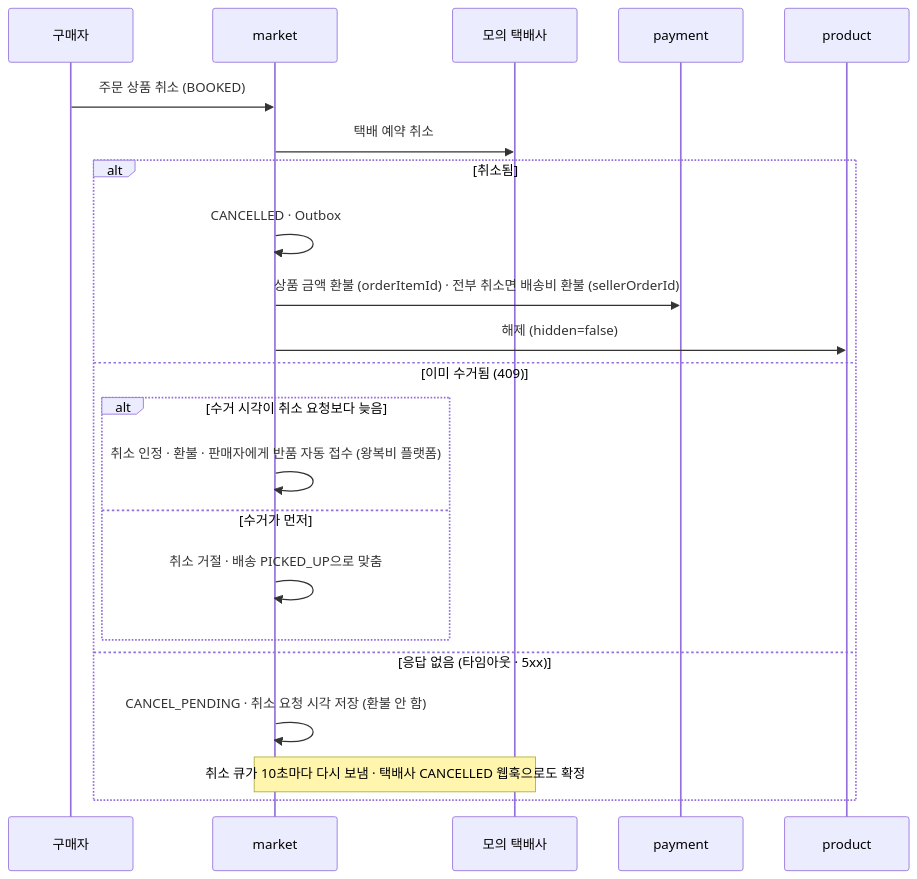
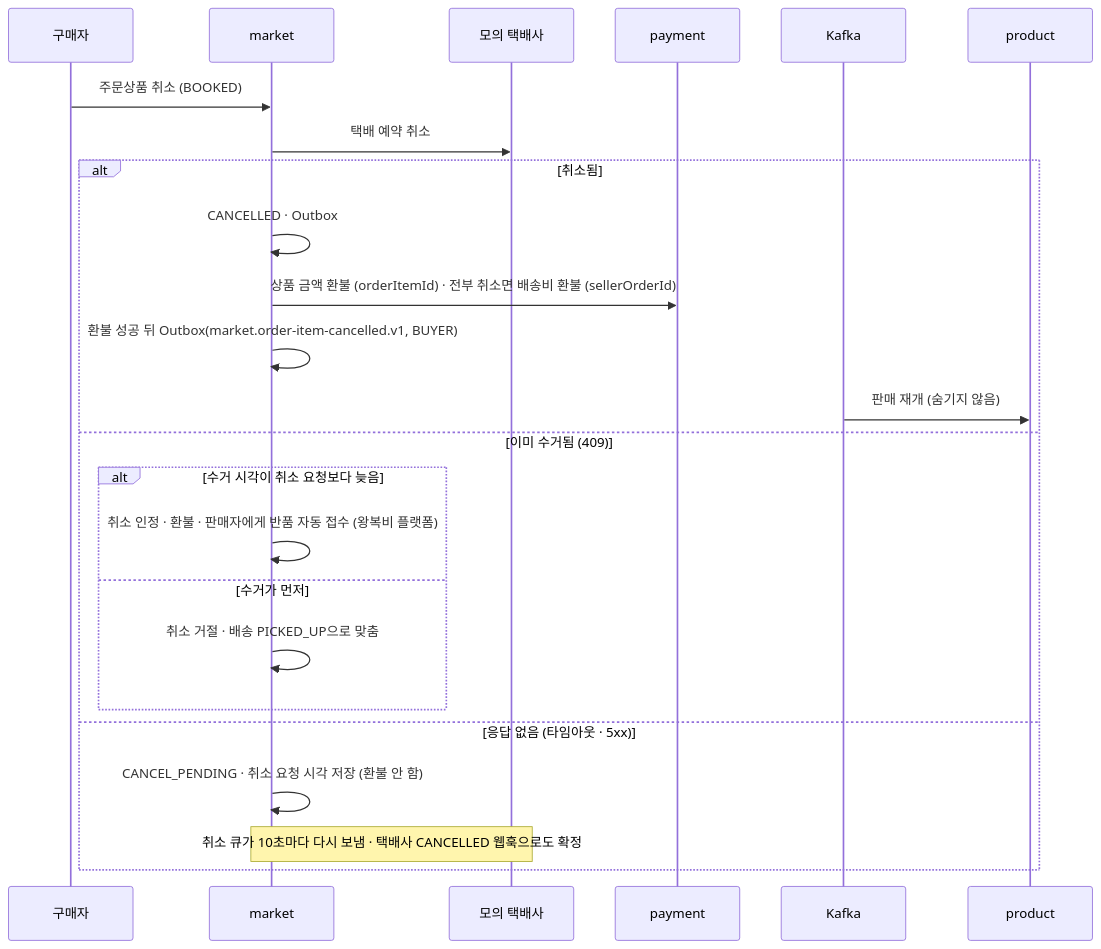
The diagram in docs/flows/cancel-refund.md (prgrms-be-adv-devcourse/beadv8_8_JustCommit_BE), drawn with Mermaid before and after one commit. The commit also changed other lines of this file and 17 other files, not shown here.

````diff
--- a/docs/flows/cancel-refund.md
+++ b/docs/flows/cancel-refund.md
@@ -15,24 +15,26 @@
 ```mermaid
 sequenceDiagram
     participant U as 구매자
     participant M as market
     participant C as 모의 택배사
     participant P as payment
+    participant K as Kafka
     participant PR as product
-    U->>M: 주문 상품 취소 (BOOKED)
+    U->>M: 주문상품 취소 (BOOKED)
     M->>C: 택배 예약 취소
     alt 취소됨
         M->>M: CANCELLED · Outbox
         M->>P: 상품 금액 환불 (orderItemId) · 전부 취소면 배송비 환불 (sellerOrderId)
-        M->>PR: 해제 (hidden=false)
+        M->>M: 환불 성공 뒤 Outbox(market.order-item-cancelled.v1, BUYER)
+        K->>PR: 판매 재개 (숨기지 않음)
     else 이미 수거됨 (409)
         alt 수거 시각이 취소 요청보다 늦음
             M->>M: 취소 인정 · 환불 · 판매자에게 반품 자동 접수 (왕복비 플랫폼)
         else 수거가 먼저
             M->>M: 취소 거절 · 배송 PICKED_UP으로 맞춤
         end
     else 응답 없음 (타임아웃 · 5xx)
         M->>M: CANCEL_PENDING · 취소 요청 시각 저장 (환불 안 함)
         Note over M,C: 취소 큐가 10초마다 다시 보냄 · 택배사 CANCELLED 웹훅으로도 확정
     end
 ```
````
